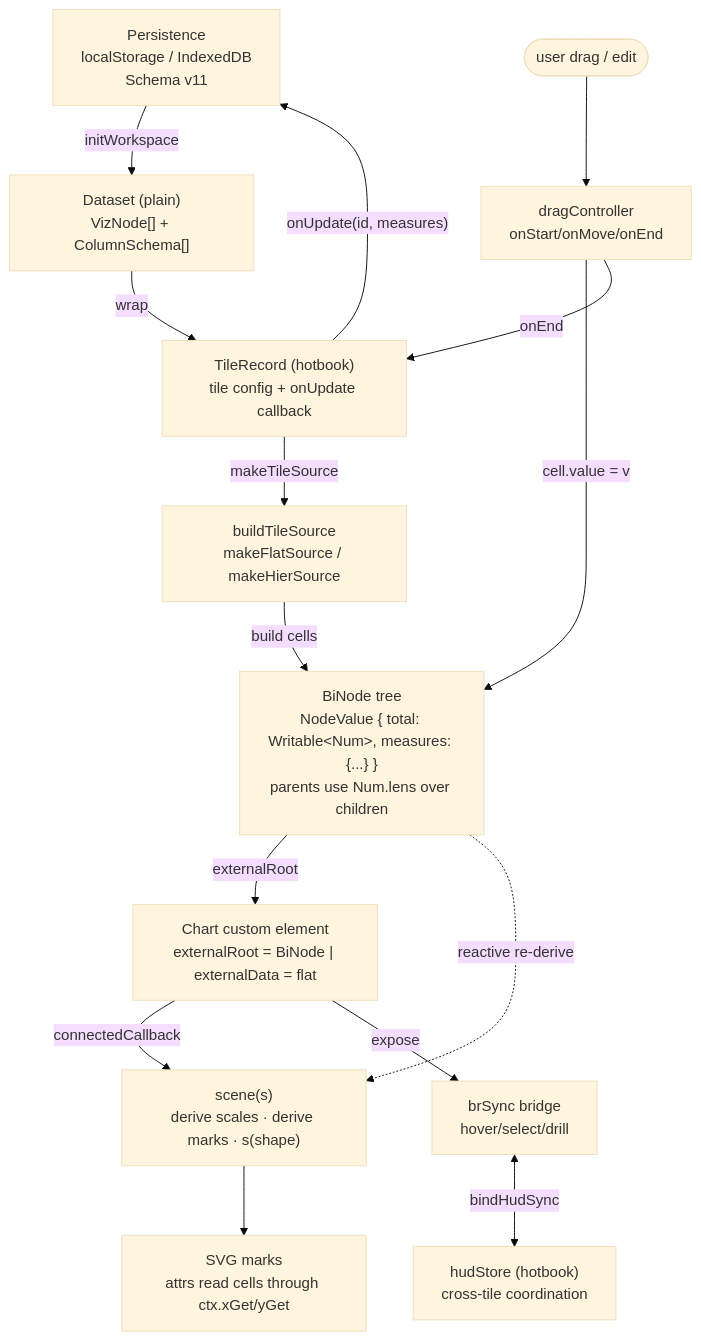
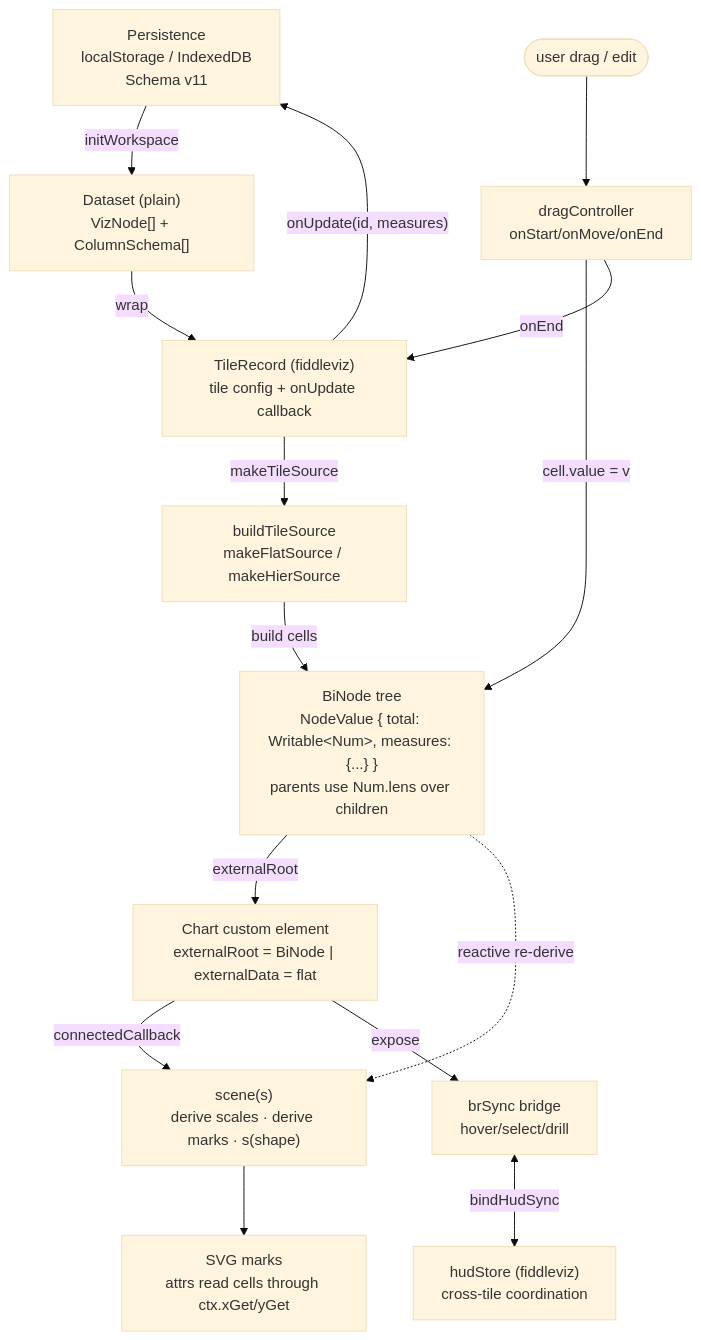
One commit to WinstonFassett/hotbook changed the second of 8 diagrams in docs/architecture.md. Above: the diagram before and after it, drawn with Mermaid (base theme). The commit also changed other lines of this file and 128 other files, not shown here.

````diff
--- a/docs/architecture.md
+++ b/docs/architecture.md
@@ -73,30 +73,30 @@
 ```mermaid
 flowchart TB
   persist["Persistence<br/>localStorage / IndexedDB<br/>Schema v11"]
   dataset["Dataset (plain)<br/>VizNode[] + ColumnSchema[]"]
-  tilerec["TileRecord (hotbook)<br/>tile config + onUpdate callback"]
+  tilerec["TileRecord (fiddleviz)<br/>tile config + onUpdate callback"]
   source["buildTileSource<br/>makeFlatSource / makeHierSource"]
   binode["BiNode tree<br/>NodeValue { total: Writable&lt;Num&gt;, measures: {...} }<br/>parents use Num.lens over children"]
   chart["Chart custom element<br/>externalRoot = BiNode | externalData = flat"]
   scene["scene(s)<br/>derive scales · derive marks · s(shape)"]
   svg["SVG marks<br/>attrs read cells through ctx.xGet/yGet"]
   user(["user drag / edit"])
   gesture["dragController<br/>onStart/onMove/onEnd"]
   brSync["brSync bridge<br/>hover/select/drill"]
-  hud["hudStore (hotbook)<br/>cross-tile coordination"]
+  hud["hudStore (fiddleviz)<br/>cross-tile coordination"]
 
   persist -->|initWorkspace| dataset
   dataset -->|wrap| tilerec
   tilerec -->|makeTileSource| source
   source -->|build cells| binode
   binode -->|externalRoot| chart
   chart -->|connectedCallback| scene
   scene --> svg
   user --> gesture
   gesture -->|cell.value = v| binode
   binode -.->|reactive re-derive| scene
   chart -->|expose| brSync
   brSync <-->|bindHudSync| hud
   gesture -->|onEnd| tilerec
   tilerec -->|"onUpdate(id, measures)"| persist
 ```
````
